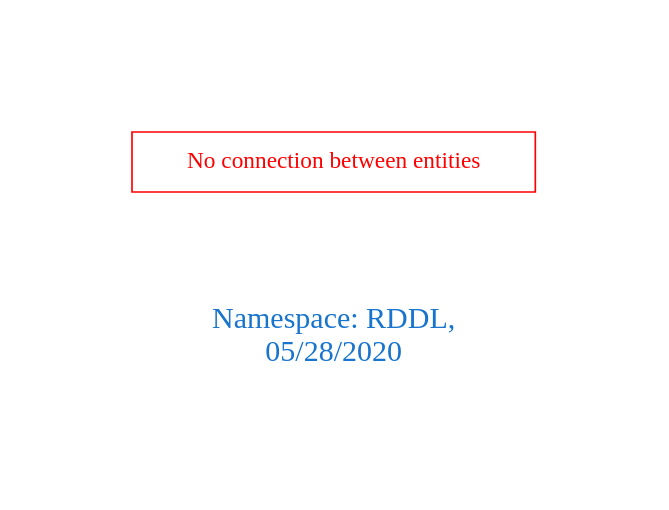
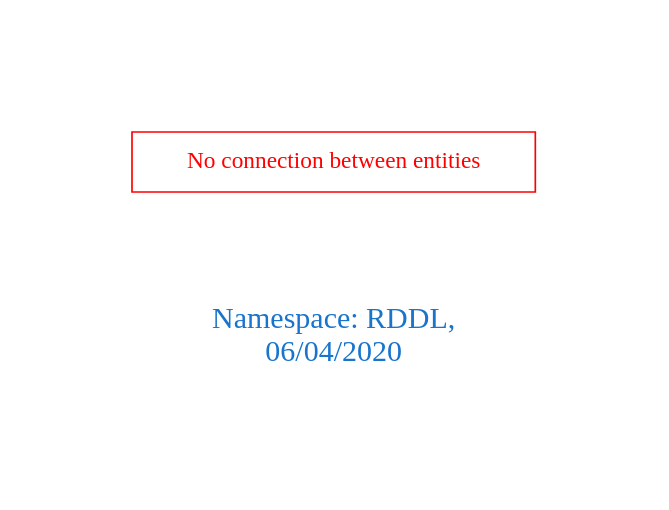
One commit to arago/OGIT changed the diagram in downloads/RDDL.dot. Above: the diagram before and after it, drawn with Graphviz. The commit also changed 1715 other files, not shown here.

```diff
--- a/downloads/RDDL.dot
+++ b/downloads/RDDL.dot
@@ -1,9 +1,9 @@
 digraph OGIT_ontology {
  graph [ rankdir= LR,pad=1 
 fontsize = 18,
-fontcolor= dodgerblue3,label = "\n\n\nNamespace: RDDL, \n 05/28/2020"];
+fontcolor= dodgerblue3,label = "\n\n\nNamespace: RDDL, \n 06/04/2020"];
 node[shape=polygon];
 edge [  color="gray81"];
 
 "No connection between entities" [fontcolor = "red",color="red", shape="polygon"]
 }
```
